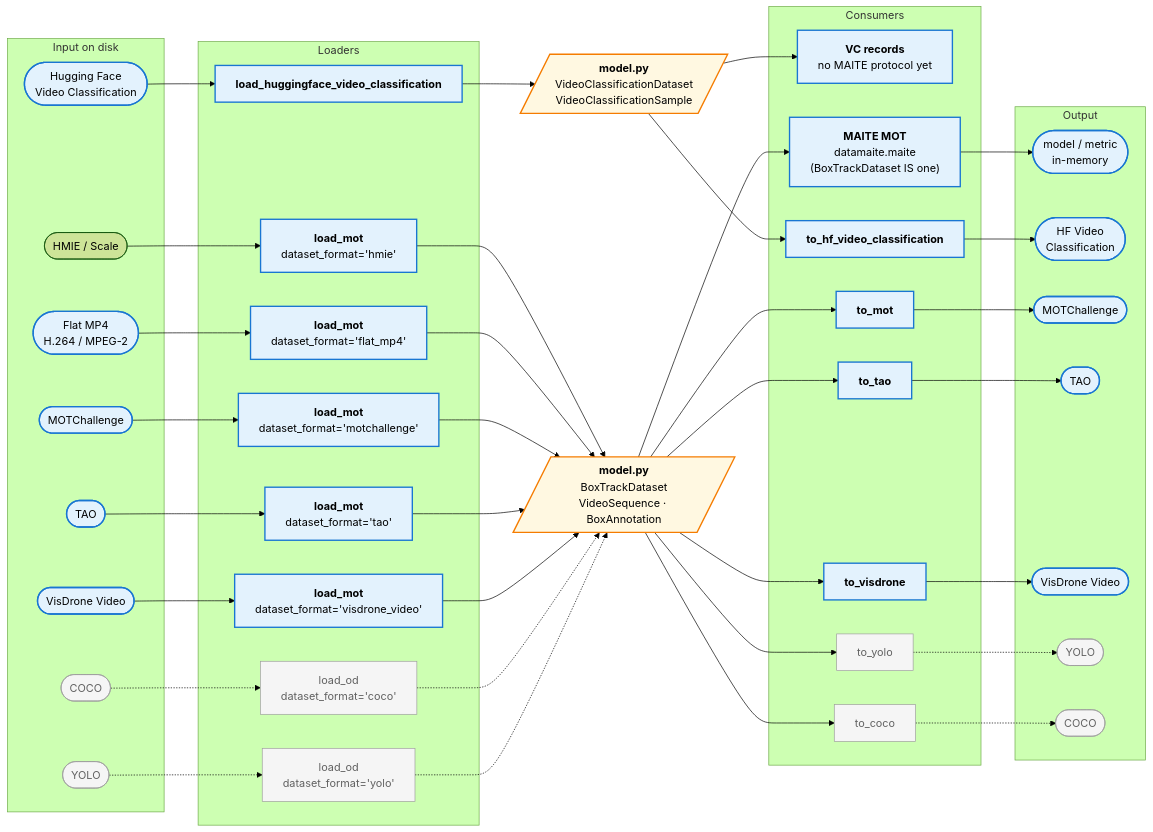
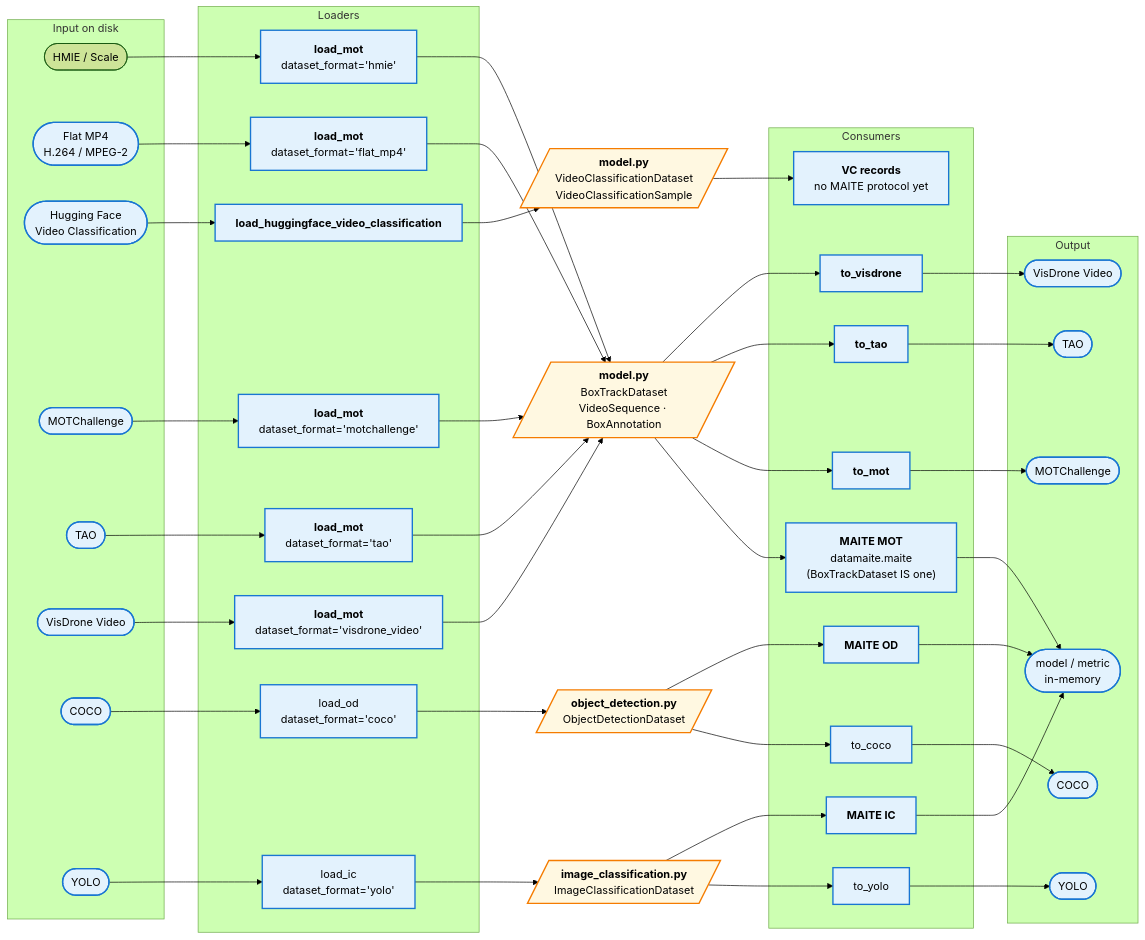
The first of 10 diagrams in docs/architecture.md (openteams-ai/datamaite), drawn with Mermaid (forest theme) before and after one commit. The commit also changed other lines of this file and 53 other files, not shown here.

Commit message:
Object detection (COCO) & image classification (YOLO) via task-aware registries

````diff
--- a/docs/architecture.md
+++ b/docs/architecture.md
@@ -47,16 +48,19 @@
         LT["<b>load_mot</b><br/>dataset_format='tao'"]
         LV["<b>load_mot</b><br/>dataset_format='visdrone_video'"]
         LC["load_od<br/>dataset_format='coco'"]
-        LY["load_od<br/>dataset_format='yolo'"]
+        LY["load_ic<br/>dataset_format='yolo'"]
     end
 
     HUB[/"<b>model.py</b><br/>BoxTrackDataset<br/>VideoSequence · BoxAnnotation"/]
+    ODHUB[/"<b>object_detection.py</b><br/>ObjectDetectionDataset"/]
+    ICHUB[/"<b>image_classification.py</b><br/>ImageClassificationDataset"/]
     VCHUB[/"<b>model.py</b><br/>VideoClassificationDataset<br/>VideoClassificationSample"/]
 
     subgraph consumers [Consumers]
         VCREC["<b>VC records</b><br/>no MAITE protocol yet"]
-        THF["<b>to_hf_video_classification</b>"]
         MAITE["<b>MAITE MOT</b><br/>datamaite.maite<br/>(BoxTrackDataset IS one)"]
+        MAITEOD["<b>MAITE OD</b>"]
+        MAITEIC["<b>MAITE IC</b>"]
         TM["<b>to_mot</b>"]
         TT["<b>to_tao</b>"]
         TV["<b>to_visdrone</b>"]
@@ -66,7 +70,6 @@
 
     subgraph out [Output]
         MAITEOUT([model / metric<br/>in-memory])
-        HFOUT([HF Video<br/>Classification])
         MOTOUT([MOTChallenge])
         TAOOUT([TAO])
         VISOUT([VisDrone Video])
@@ -80,37 +83,38 @@
     MOTIN --> LM
     TAOIN --> LT
     VISIN --> LV
-    COCOIN -.-> LC
-    YOLOIN -.-> LY
+    COCOIN --> LC
+    YOLOIN --> LY
     LH --> HUB
     LF --> HUB
     LHF --> VCHUB
     LM --> HUB
     LT --> HUB
     LV --> HUB
-    LC -.-> HUB
-    LY -.-> HUB
+    LC --> ODHUB
+    LY --> ICHUB
     VCHUB --> VCREC
-    VCHUB --> THF
     HUB --> MAITE
     HUB --> TM
     HUB --> TT
     HUB --> TV
-    HUB --> TY
-    HUB --> TC
+    ODHUB --> TC
+    ICHUB --> TY
+    ODHUB --> MAITEOD
+    ICHUB --> MAITEIC
     MAITE --> MAITEOUT
-    THF --> HFOUT
+    MAITEOD --> MAITEOUT
+    MAITEIC --> MAITEOUT
     TM --> MOTOUT
     TT --> TAOOUT
     TV --> VISOUT
-    TY -.-> YOLOUT
-    TC -.-> COCOUT
+    TY --> YOLOUT
+    TC --> COCOUT
 
     classDef hub fill:#fff8e1,stroke:#f57c00,stroke-width:2px;
     classDef impl fill:#e3f2fd,stroke:#1976d2,stroke-width:2px;
     classDef planned fill:#f5f5f5,stroke:#9e9e9e,color:#616161;
-    class HUB,VCHUB hub;
-    class LH,LF,LHF,LM,LT,LV,THF,TM,TT,TV,MAITE,VCREC impl;
-    class MAITEOUT,MP4IN,HFIN,HFOUT,MOTIN,TAOIN,VISIN,MOTOUT,TAOOUT,VISOUT impl;
-    class LC,LY,TY,TC,COCOIN,YOLOIN,YOLOUT,COCOUT planned;
+    class HUB,ODHUB,ICHUB,VCHUB hub;
+    class LH,LF,LHF,LM,LT,LV,LC,LY,TM,TT,TV,TY,TC,MAITE,MAITEOD,MAITEIC,VCREC impl;
+    class MAITEOUT,MP4IN,HFIN,MOTIN,TAOIN,VISIN,COCOIN,YOLOIN,MOTOUT,TAOOUT,VISOUT,YOLOUT,COCOUT impl;
 ```
````
